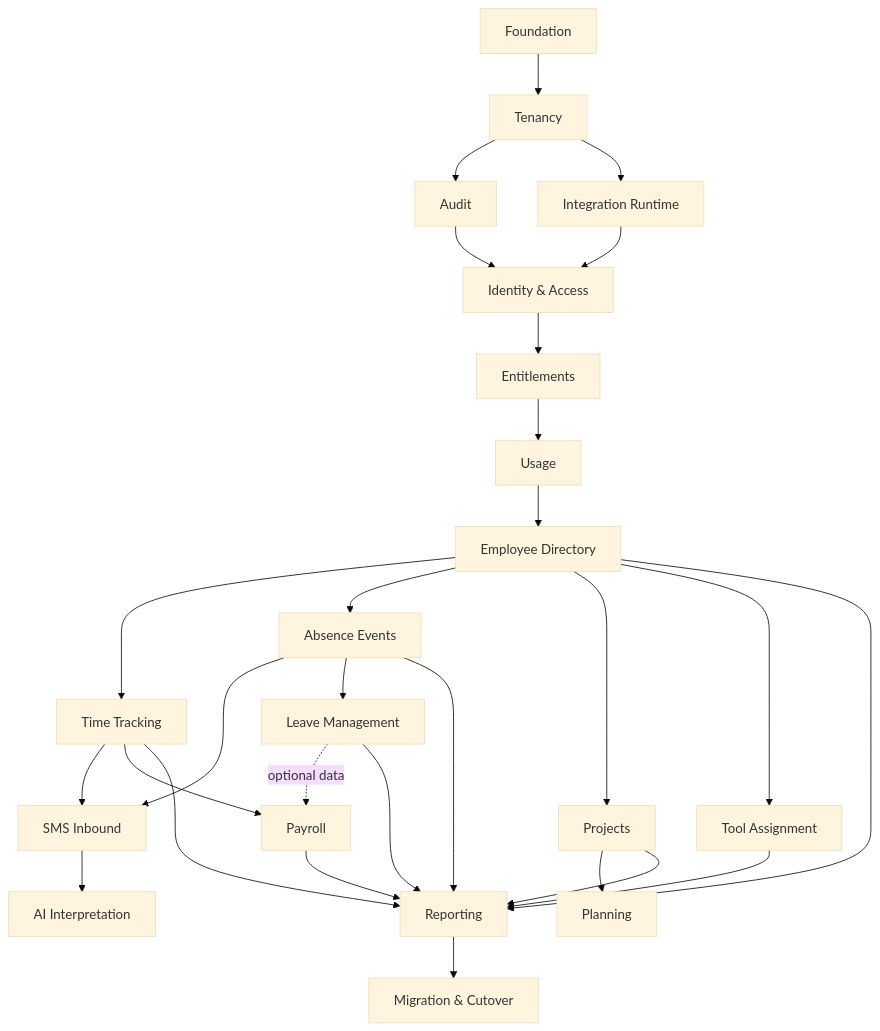
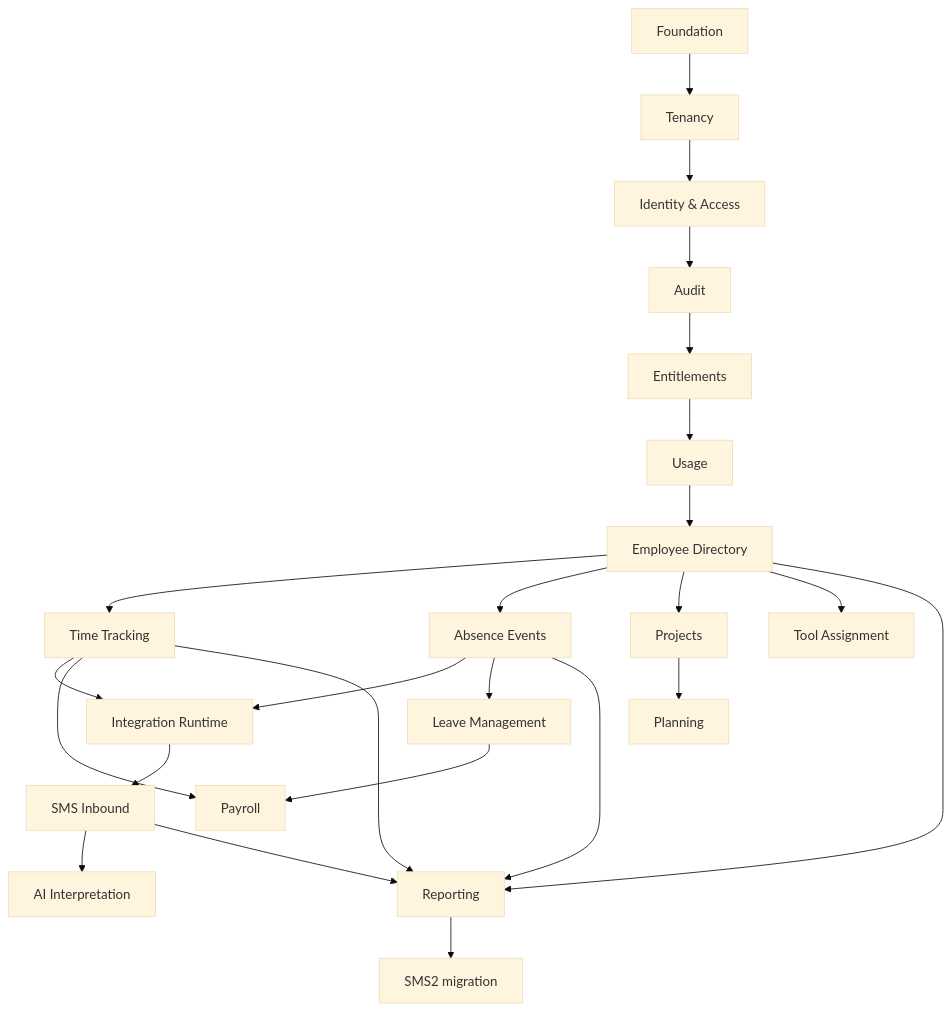
Before and after one commit to Doman5/sms-modular: the diagram in docs/implementation/README.md, drawn with Mermaid (base theme). The commit also changed other lines of this file and 310 other files, not shown here.

````diff
--- a/docs/implementation/README.md
+++ b/docs/implementation/README.md
@@ -41,30 +46,26 @@
 ```mermaid
 flowchart TD
     F[Foundation] --> T[Tenancy]
-    T --> A[Audit]
-    T --> IR[Integration Runtime]
-    A --> IAM[Identity & Access]
-    IR --> IAM
-    IAM --> E[Entitlements]
+    T --> I[Identity & Access]
+    I --> A[Audit]
+    A --> E[Entitlements]
     E --> U[Usage]
     U --> EMP[Employee Directory]
     EMP --> TIME[Time Tracking]
     EMP --> ABS[Absence Events]
-    TIME --> SMS[SMS Inbound]
-    ABS --> SMS
+    TIME --> IR[Integration Runtime]
+    ABS --> IR
+    IR --> SMS[SMS Inbound]
     SMS --> AI[AI Interpretation]
     ABS --> LEAVE[Leave Management]
-    EMP --> PROJ[Projects]
-    EMP --> TOOL[Tool Assignment]
-    PROJ --> PLAN[Planning]
+    EMP --> PROJECTS[Projects]
+    EMP --> TOOLS[Tool Assignment]
+    PROJECTS --> PLAN[Planning]
     TIME --> PAY[Payroll]
-    LEAVE -. optional data .-> PAY
-    EMP --> R[Reporting]
-    TIME --> R
-    ABS --> R
-    LEAVE --> R
-    PROJ --> R
-    PAY --> R
-    TOOL --> R
-    R --> M[Migration & Cutover]
+    LEAVE --> PAY
+    EMP --> REPORTS[Reporting]
+    TIME --> REPORTS
+    ABS --> REPORTS
+    SMS --> REPORTS
+    REPORTS --> MIGRATION[SMS2 migration]
 ```
````
